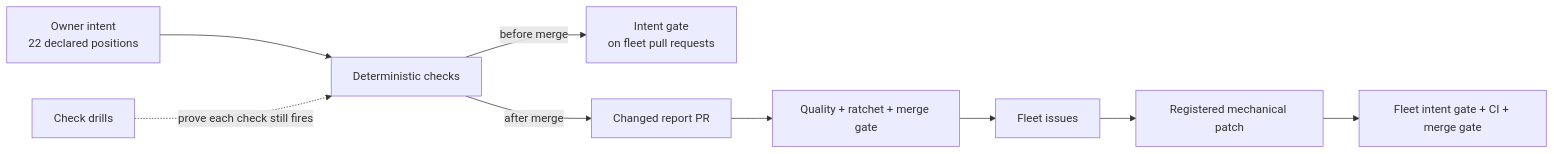
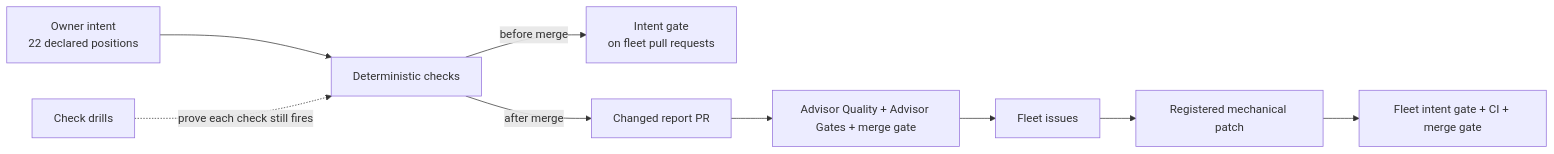
Before and after one commit to ImranAdan/infra-fleet-advisor-public: the diagram in README.md, drawn with Mermaid. The commit also changed other lines of this file and 6 other files, not shown here.

Commit message:
docs: align guides with current advisor gates

````diff
--- a/README.md
+++ b/README.md
@@ -14,11 +14,11 @@
 ```mermaid
 flowchart LR
     Intent["Owner intent<br/>22 declared positions"] --> Checks["Deterministic checks"]
     Checks -->|before merge| Gate["Intent gate<br/>on fleet pull requests"]
     Checks -->|after merge| Report["Changed report PR"]
-    Report --> ReportGate["Quality + ratchet + merge gate"]
+    Report --> ReportGate["Advisor Quality + Advisor Gates + merge gate"]
     ReportGate --> Issues["Fleet issues"]
     Issues --> Patch["Registered mechanical patch"]
     Patch --> FleetGate["Fleet intent gate + CI + merge gate"]
     Drills["Check drills"] -.->|prove each check still fires| Checks
 ```
````
